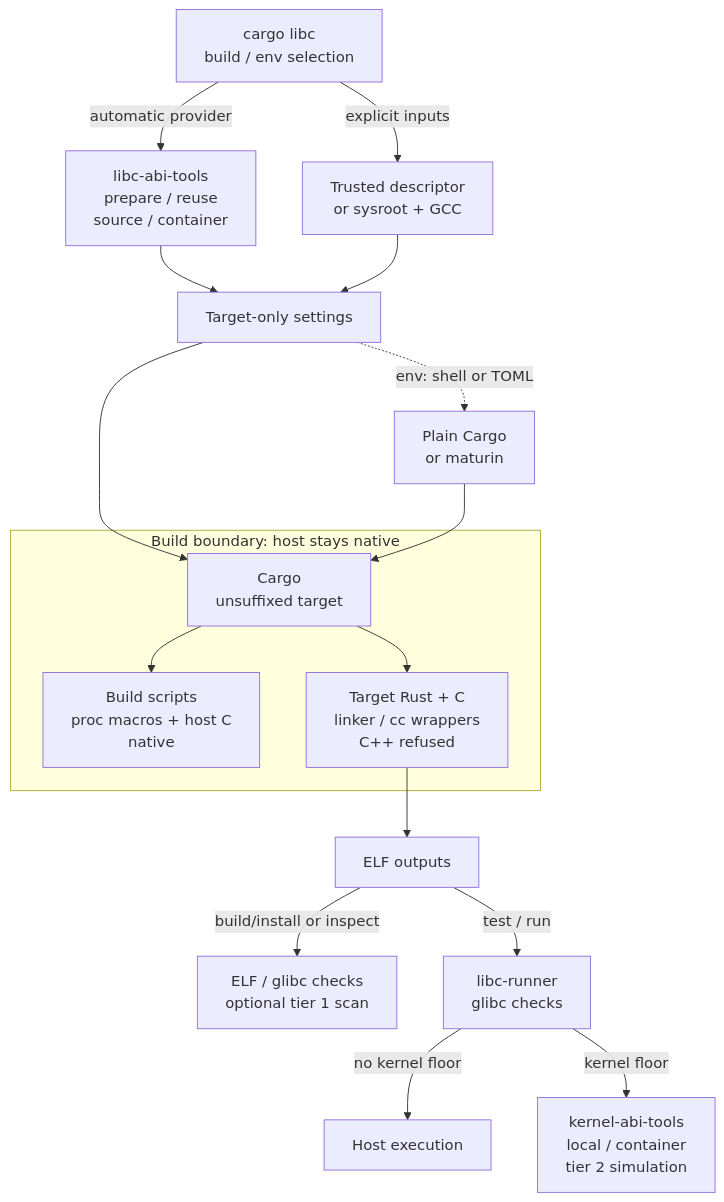
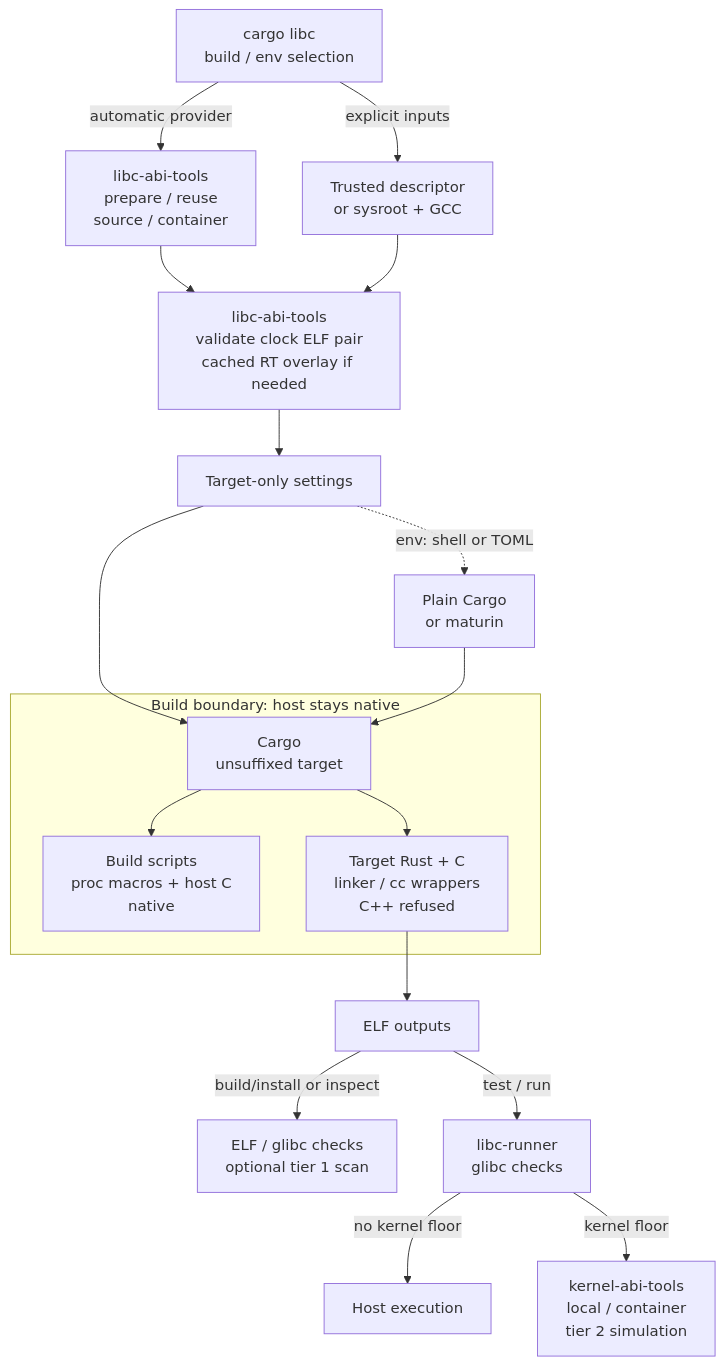
Before and after one commit to rustcommons/cargo-libc: the diagram in ARCHITECTURE.md, drawn with Mermaid. The commit also changed other lines of this file and 9 other files, not shown here.

Commit message:
Finalize clock-profile guides and qualified release evidence [skip ci]

````diff
--- a/ARCHITECTURE.md
+++ b/ARCHITECTURE.md
@@ -24,24 +26,26 @@
 ```mermaid
 flowchart TB
     CLI["cargo libc<br/>build / env selection"]
     AUTO["libc-abi-tools<br/>prepare / reuse<br/>source / container"]
     INPUT["Trusted descriptor<br/>or sysroot + GCC"]
+    PROFILE["libc-abi-tools<br/>validate clock ELF pair<br/>cached RT overlay if needed"]
     CFG["Target-only settings"]
     CLI -->|automatic provider| AUTO
     CLI -->|explicit inputs| INPUT
-    AUTO --> CFG
-    INPUT --> CFG
+    AUTO --> PROFILE
+    INPUT --> PROFILE
+    PROFILE --> CFG
     CFG --> CARGO
     CFG -. "env: shell or TOML" .-> PLAIN["Plain Cargo<br/>or maturin"]
     PLAIN --> CARGO
     subgraph BUILD["Build boundary: host stays native"]
         CARGO["Cargo<br/>unsuffixed target"]
         CARGO --> HOST["Build scripts<br/>proc macros + host C<br/>native"]
         CARGO --> TARGET["Target Rust + C<br/>linker / cc wrappers<br/>C++ refused"]
     end
     TARGET --> ELF["ELF outputs"]
     ELF -->|"build/install or inspect"| REPORT["ELF / glibc checks<br/>optional tier 1 scan"]
     ELF -->|"test / run"| RUNNER["libc-runner<br/>glibc checks"]
     RUNNER -->|no kernel floor| HOSTRUN["Host execution"]
     RUNNER -->|kernel floor| SIM["kernel-abi-tools<br/>local / container<br/>tier 2 simulation"]
 ```
````
